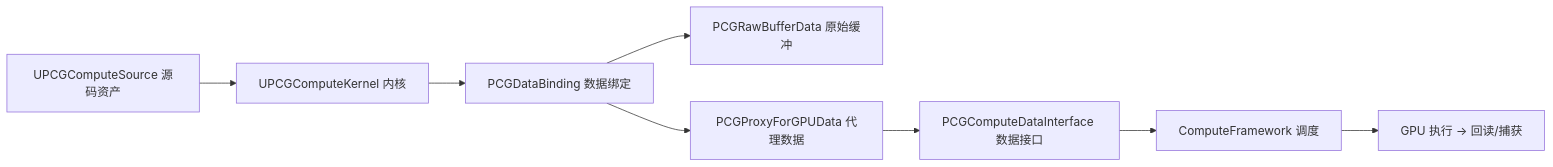
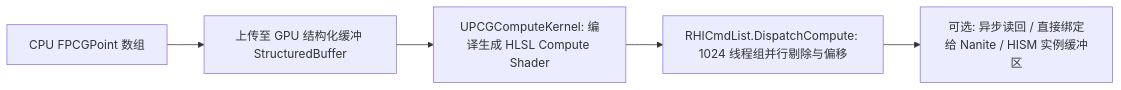
Before and after one commit to fantuan812/learning: the second of 2 diagrams in 游戏知识/12-引擎源码分析/38-PCG源码.md, drawn with Mermaid. The commit also changed other lines of this file and 5 other files, not shown here.

````diff
--- a/游戏知识/12-引擎源码分析/38-PCG源码.md
+++ b/游戏知识/12-引擎源码分析/38-PCG源码.md
@@ -255,10 +253,7 @@
 ```mermaid
 flowchart LR
-    A[UPCGComputeSource 源码资产] --> B[UPCGComputeKernel 内核]
-    B --> C[PCGDataBinding 数据绑定]
-    C --> D[PCGRawBufferData 原始缓冲]
-    C --> E[PCGProxyForGPUData 代理数据]
-    E --> F[PCGComputeDataInterface 数据接口]
-    F --> G[ComputeFramework 调度]
-    G --> H[GPU 执行 → 回读/捕获]
+    PointData[CPU FPCGPoint 数组] --> Upload[上传至 GPU 结构化缓冲 StructuredBuffer]
+    Upload --> ComputeKernel[UPCGComputeKernel: 编译生成 HLSL Compute Shader]
+    ComputeKernel --> Dispatch[RHICmdList.DispatchCompute: 1024 线程组并行剔除与偏移]
+    Dispatch --> Readback[可选: 异步读回 / 直接绑定给 Nanite / HISM 实例缓冲区]
 ```
````
